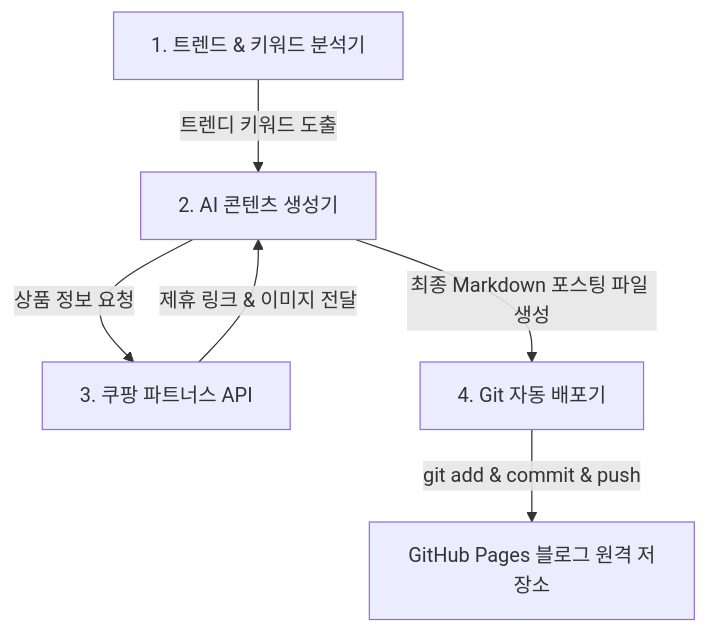
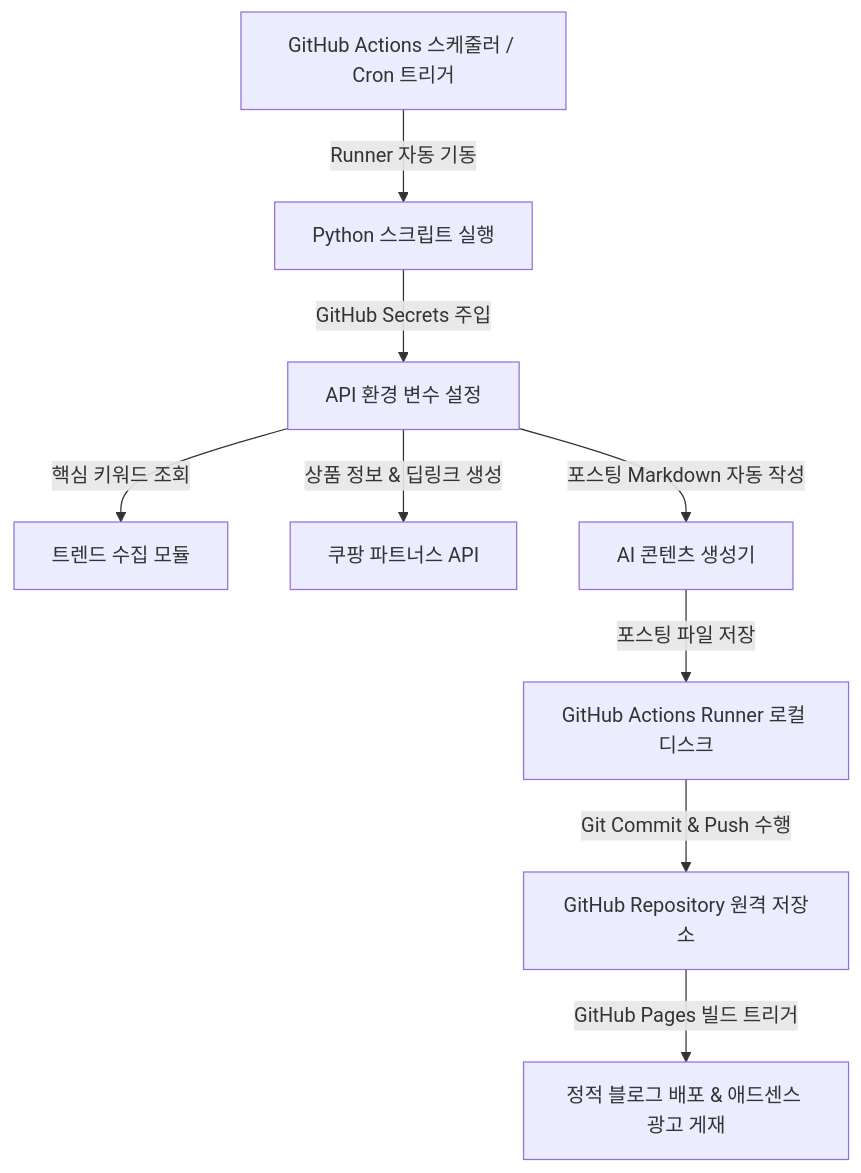
The diagram in README.md (koreameme/auto_pj), drawn with Mermaid before and after one commit. The commit also changed other lines of this file, not shown here.

Commit message:
Update README: Introduce GitHub Actions automated execution and push flow

````diff
--- a/README.md
+++ b/README.md
@@ -22,8 +22,11 @@
 ```mermaid
 graph TD
-    A[1. 트렌드 & 키워드 분석기] -->|트렌디 키워드 도출| B[2. AI 콘텐츠 생성기]
-    B -->|상품 정보 요청| C[3. 쿠팡 파트너스 API]
-    C -->|제휴 링크 & 이미지 전달| B
-    B -->|최종 Markdown 포스팅 파일 생성| D[4. Git 자동 배포기]
-    D -->|git add & commit & push| E[GitHub Pages 블로그 원격 저장소]
+    A[GitHub Actions 스케줄러 / Cron 트리거] -->|Runner 자동 기동| B[Python 스크립트 실행]
+    B -->|GitHub Secrets 주입| C[API 환경 변수 설정]
+    C -->|핵심 키워드 조회| D[트렌드 수집 모듈]
+    C -->|상품 정보 & 딥링크 생성| E[쿠팡 파트너스 API]
+    C -->|포스팅 Markdown 자동 작성| F[AI 콘텐츠 생성기]
+    F -->|포스팅 파일 저장| G[GitHub Actions Runner 로컬 디스크]
+    G -->|Git Commit & Push 수행| H[GitHub Repository 원격 저장소]
+    H -->|GitHub Pages 빌드 트리거| I[정적 블로그 배포 & 애드센스 광고 게재]
 ```
````
